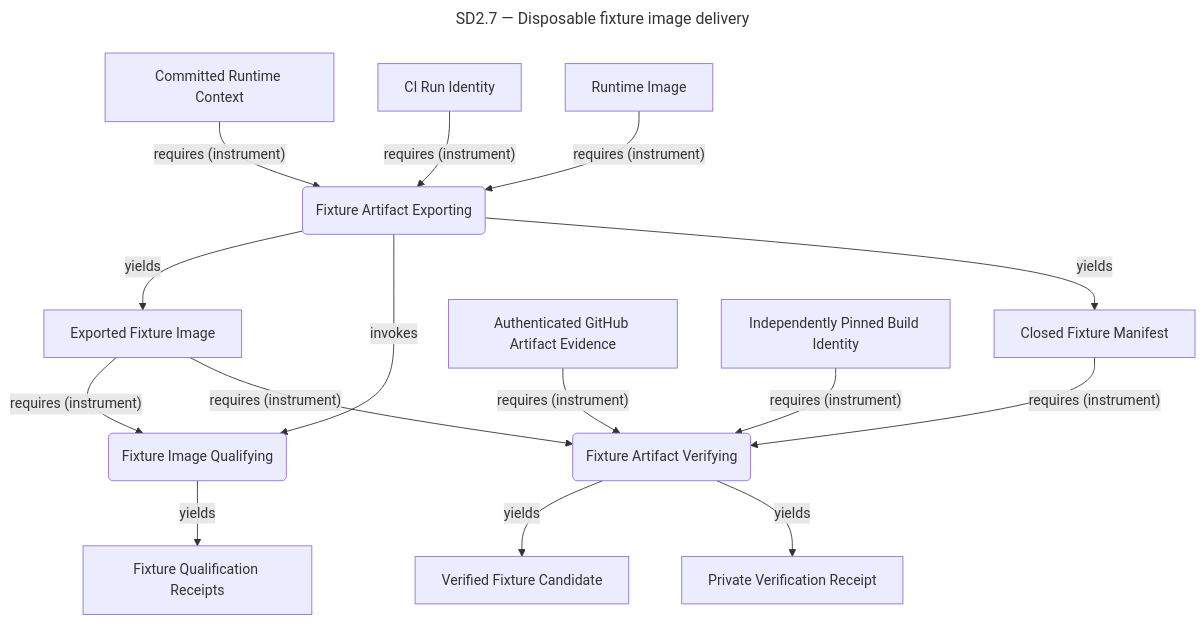
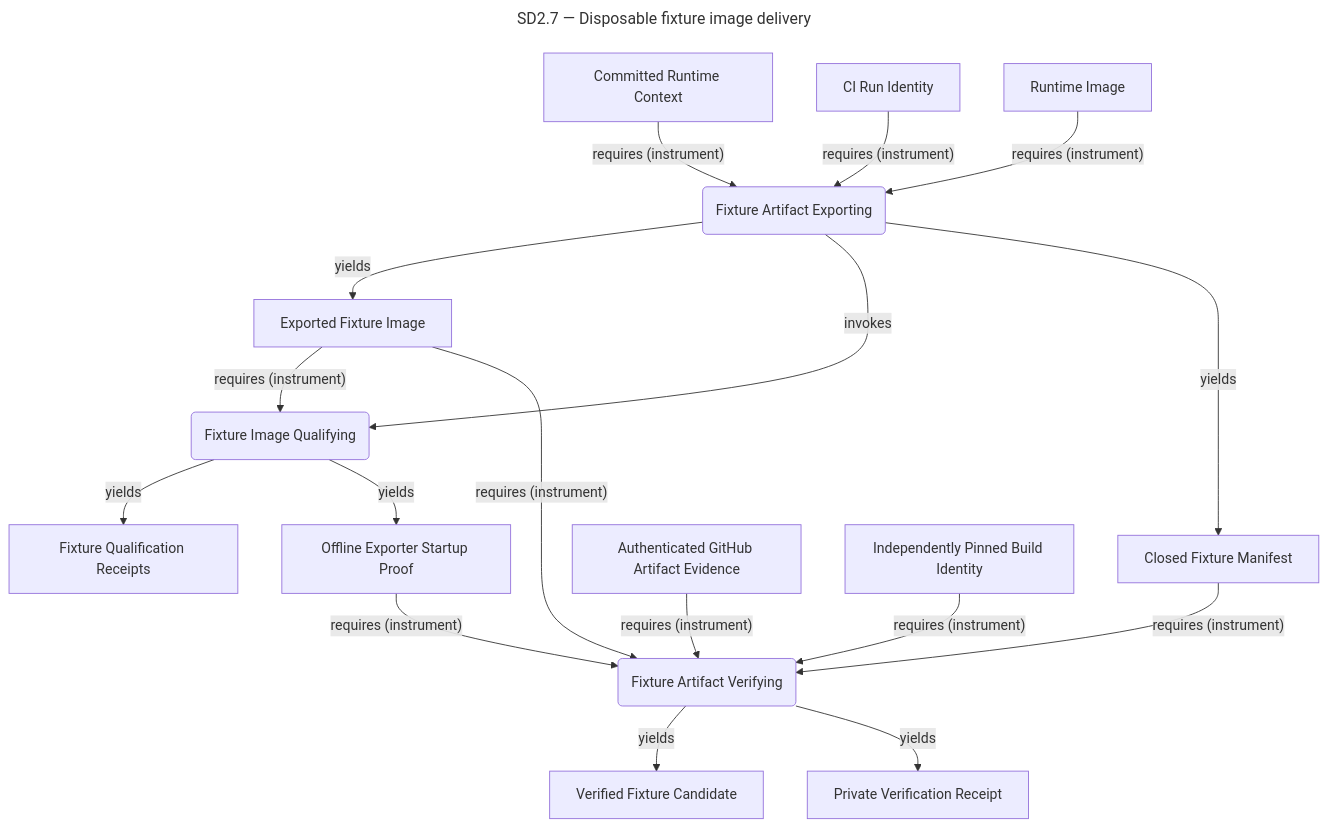
One commit to ojfbot/daily-logger changed diagram 15 of 16 in opm/system.md. Above: the diagram before and after it, drawn with Mermaid. The commit also changed other lines of this file and 10 other files, not shown here.

````diff
--- a/opm/system.md
+++ b/opm/system.md
@@ -1696,35 +1787,38 @@
 ```mermaid
 ---
 title: "SD2.7 — Disposable fixture image delivery"
 ---
 flowchart TD
   accTitle: SD2.7 — Disposable fixture image delivery
   accDescr: Lossy system model projection. Complete source facts follow this diagram.
-  n321("Fixture Artifact Exporting")
-  n322["Committed Runtime Context"]
-  n323["CI Run Identity"]
-  n324["Runtime Image"]
-  n325["Exported Fixture Image"]
-  n326("Fixture Image Qualifying")
-  n327["Fixture Qualification Receipts"]
-  n328["Closed Fixture Manifest"]
-  n329("Fixture Artifact Verifying")
-  n330["Authenticated GitHub Artifact Evidence"]
-  n331["Independently Pinned Build Identity"]
-  n332["Verified Fixture Candidate"]
-  n333["Private Verification Receipt"]
-  n322 -->|"requires (instrument)"| n321
-  n323 -->|"requires (instrument)"| n321
-  n324 -->|"requires (instrument)"| n321
-  n321 -->|"yields"| n325
-  n321 -->|"invokes"| n326
-  n325 -->|"requires (instrument)"| n326
-  n326 -->|"yields"| n327
-  n321 -->|"yields"| n328
-  n330 -->|"requires (instrument)"| n329
-  n331 -->|"requires (instrument)"| n329
-  n325 -->|"requires (instrument)"| n329
-  n328 -->|"requires (instrument)"| n329
-  n329 -->|"yields"| n332
-  n329 -->|"yields"| n333
+  n343("Fixture Artifact Exporting")
+  n344["Committed Runtime Context"]
+  n345["CI Run Identity"]
+  n346["Runtime Image"]
+  n347["Exported Fixture Image"]
+  n348("Fixture Image Qualifying")
+  n349["Fixture Qualification Receipts"]
+  n350["Offline Exporter Startup Proof"]
+  n351["Closed Fixture Manifest"]
+  n352("Fixture Artifact Verifying")
+  n353["Authenticated GitHub Artifact Evidence"]
+  n354["Independently Pinned Build Identity"]
+  n355["Verified Fixture Candidate"]
+  n356["Private Verification Receipt"]
+  n344 -->|"requires (instrument)"| n343
+  n345 -->|"requires (instrument)"| n343
+  n346 -->|"requires (instrument)"| n343
+  n343 -->|"yields"| n347
+  n343 -->|"invokes"| n348
+  n347 -->|"requires (instrument)"| n348
+  n348 -->|"yields"| n349
+  n348 -->|"yields"| n350
+  n343 -->|"yields"| n351
+  n353 -->|"requires (instrument)"| n352
+  n354 -->|"requires (instrument)"| n352
+  n347 -->|"requires (instrument)"| n352
+  n351 -->|"requires (instrument)"| n352
+  n350 -->|"requires (instrument)"| n352
+  n352 -->|"yields"| n355
+  n352 -->|"yields"| n356
 ```
````
